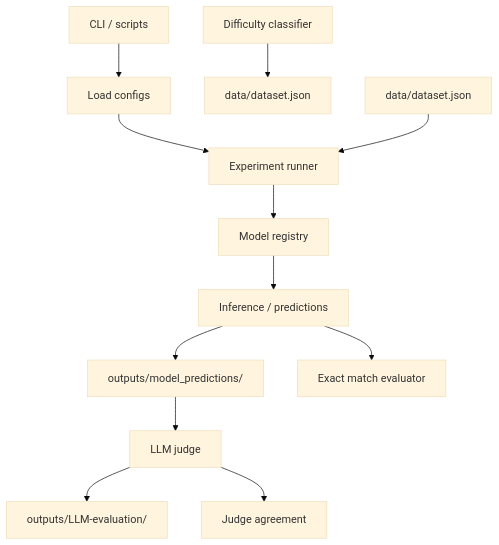
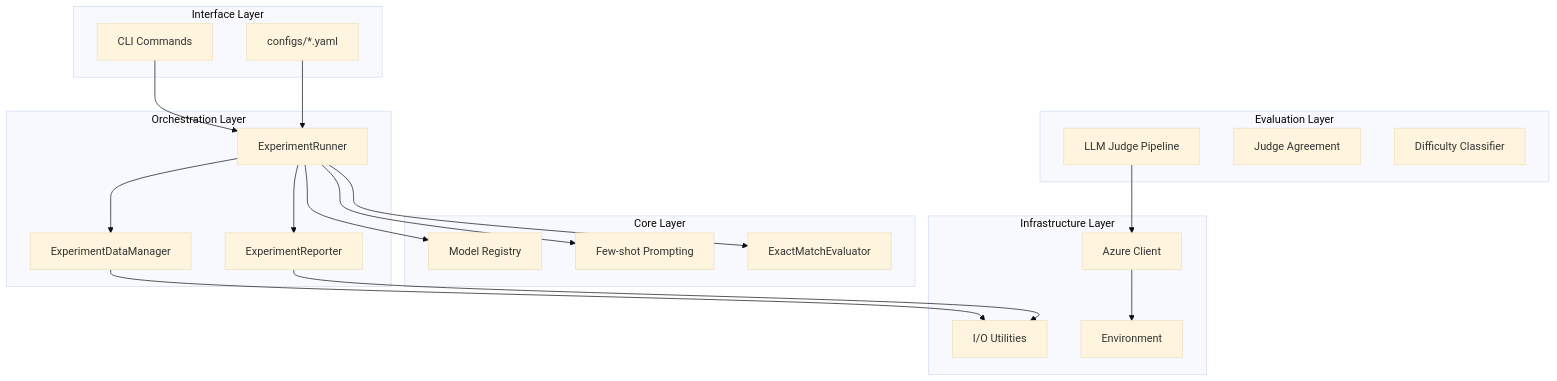
Before and after one commit to vladanaSTM/nl2atl: the first of 7 diagrams in docs/architecture.md, drawn with Mermaid (base theme). The commit also changed other lines of this file and 15 other files, not shown here.

````diff
--- a/docs/architecture.md
+++ b/docs/architecture.md
@@ -110,14 +9,43 @@
 ```mermaid
-flowchart TD
-    A[CLI / scripts] --> B[Load configs]
-    B --> C[Experiment runner]
-    C --> D[Model registry]
-    D --> E[Inference / predictions]
-    E --> F[outputs/model_predictions/]
-    F --> G[LLM judge]
-    G --> H[outputs/LLM-evaluation/]
-    G --> I[Judge agreement]
-    E --> J[Exact match evaluator]
-    K[Difficulty classifier] --> L[data/dataset.json]
-    M[data/dataset.json] --> C
+graph TB
+    subgraph "Interface Layer"
+        CLI[CLI Commands]
+        CFG[configs/*.yaml]
+    end
+
+    subgraph "Orchestration Layer"
+        RUN[ExperimentRunner]
+        REP[ExperimentReporter]
+        DATA[ExperimentDataManager]
+    end
+
+    subgraph "Core Layer"
+        MOD[Model Registry]
+        PROMPT[Few-shot Prompting]
+        EVAL[ExactMatchEvaluator]
+    end
+
+    subgraph "Evaluation Layer"
+        LJ[LLM Judge Pipeline]
+        AGREE[Judge Agreement]
+        DIFF[Difficulty Classifier]
+    end
+
+    subgraph "Infrastructure Layer"
+        AZURE[Azure Client]
+        IO[I/O Utilities]
+        ENV[Environment]
+    end
+
+    CLI --> RUN
+    CFG --> RUN
+    RUN --> DATA
+    RUN --> MOD
+    RUN --> PROMPT
+    RUN --> EVAL
+    RUN --> REP
+    LJ --> AZURE
+    DATA --> IO
+    REP --> IO
+    AZURE --> ENV
 ```
````
